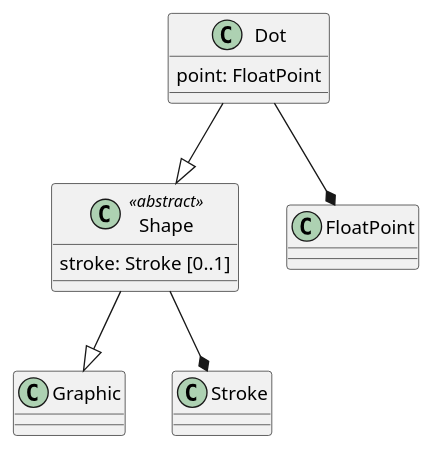
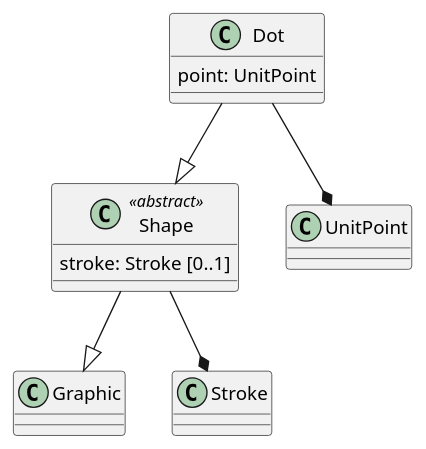
The eighth of 10 diagrams in core/sections/clause_8_vector.adoc (opengeospatial/styles-and-symbology), drawn with PlantUML before and after one commit. The commit also changed other lines of this file and 5 other files, not shown here.

```diff
--- a/core/sections/clause_8_vector.adoc
+++ b/core/sections/clause_8_vector.adoc
@@ -268,11 +268,11 @@
 [plantuml, target=diagram-classes, format=png]
 ....
 Dot --|> Shape
-Dot : point: FloatPoint
-Dot --* FloatPoint
+Dot : point: UnitPoint
+Dot --* UnitPoint
 
 class Shape <<abstract>>
 Shape --|> Graphic
 Shape : stroke: Stroke [0..1]
 Shape --* Stroke
 ....
```
